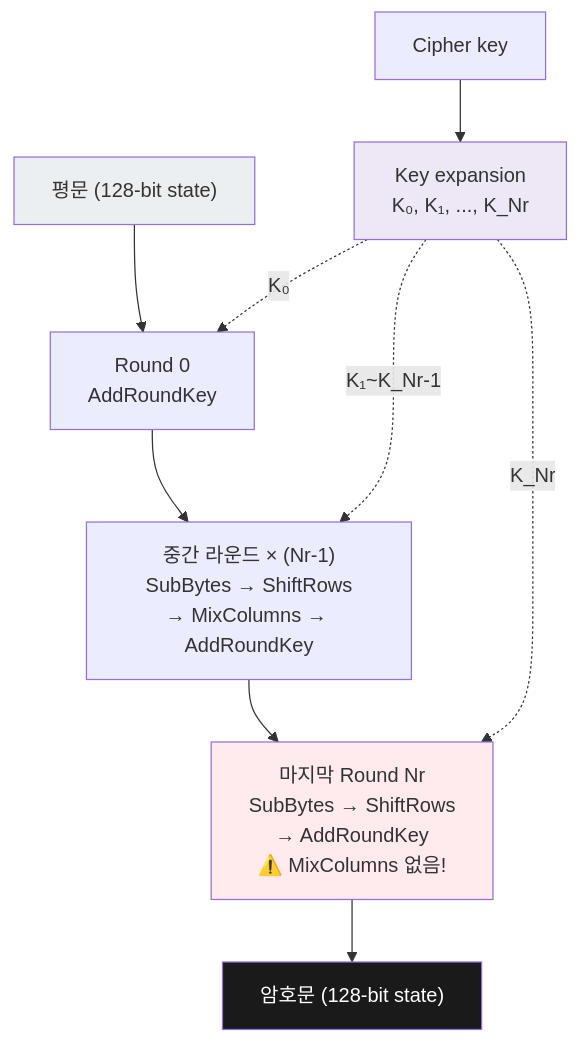
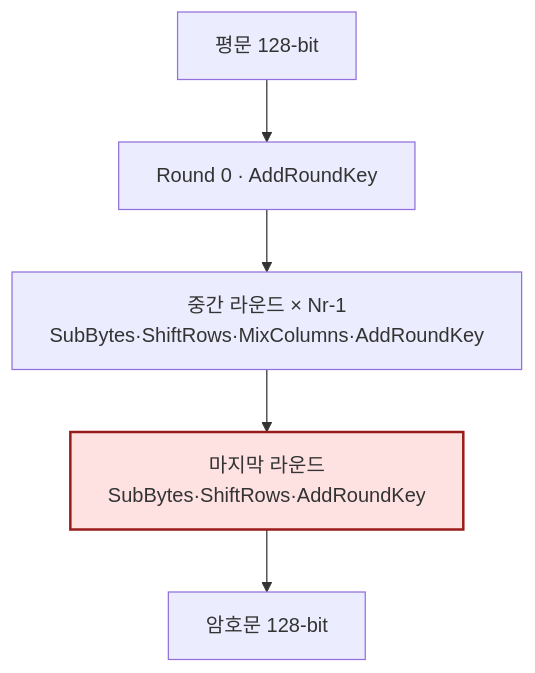
One commit to KMUTMU/information-security changed the fourth of 12 diagrams in 02_대칭키암호_정리.md. Above: the diagram before and after it, drawn with Mermaid. The commit also changed other lines of this file and 5 other files, not shown here.

Commit message:
Mermaid 다이어그램 가독성 개선: 짧은 라벨·이모지 제거·색상 최소화

````diff
--- a/02_대칭키암호_정리.md
+++ b/02_대칭키암호_정리.md
@@ -120,15 +114,9 @@
 ```mermaid
 flowchart TB
-    PT["평문 (128-bit state)"] --> R0["Round 0<br/>AddRoundKey"]
-    R0 --> RM["중간 라운드 × (Nr-1)<br/>SubBytes → ShiftRows<br/>→ MixColumns → AddRoundKey"]
-    RM --> RL["마지막 Round Nr<br/>SubBytes → ShiftRows<br/>→ AddRoundKey<br/>⚠️ MixColumns 없음!"]
-    RL --> CT["암호문 (128-bit state)"]
-    KEY["Cipher key"] --> KS["Key expansion<br/>K₀, K₁, ..., K_Nr"]
-    KS -.K₀.-> R0
-    KS -.K₁~K_Nr-1.-> RM
-    KS -.K_Nr.-> RL
-    style PT fill:#eceff1
-    style CT fill:#1a1a1a,color:#fff
-    style RL fill:#ffebee
-    style KS fill:#ede7f6
+    PT["평문 128-bit"] --> R0["Round 0 · AddRoundKey"]
+    R0 --> RM["중간 라운드 × Nr-1<br/>SubBytes·ShiftRows·MixColumns·AddRoundKey"]
+    RM --> RL["마지막 라운드<br/>SubBytes·ShiftRows·AddRoundKey"]
+    RL --> CT["암호문 128-bit"]
+    classDef key fill:#fee2e2,stroke:#991b1b,stroke-width:2px
+    class RL key
 ```
````
